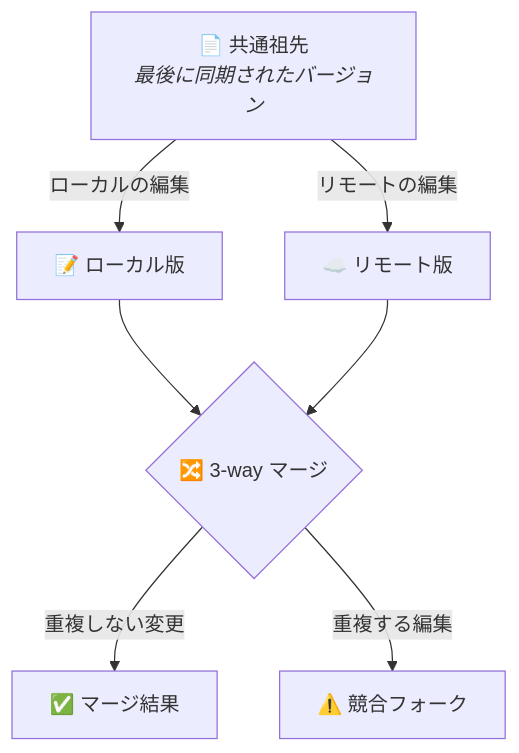
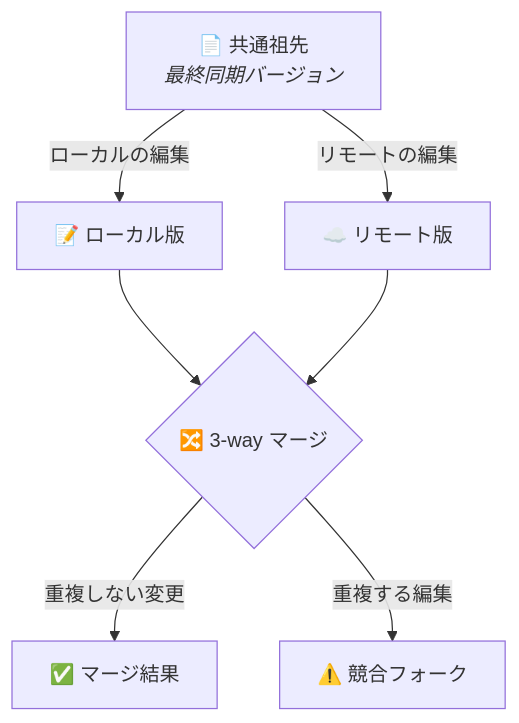
The third of 4 diagrams in README_ja.md (c-ardinal/obsidian-vault-sync), drawn with Mermaid before and after one commit. The commit also changed other lines of this file and 14 other files, not shown here.

````diff
--- a/README_ja.md
+++ b/README_ja.md
@@ -259,10 +259,10 @@
 ```mermaid
 graph TD
-    A["📄 共通祖先<br/><i>最後に同期されたバージョン</i>"]
+    A["📄 共通祖先<br/><i>最終同期バージョン</i>"]
     A -->|"ローカルの編集"| B["📝 ローカル版"]
     A -->|"リモートの編集"| C["☁️ リモート版"]
     B --> D{"🔀 3-way マージ"}
     C --> D
     D -->|"重複しない変更"| E["✅ マージ結果"]
     D -->|"重複する編集"| F["⚠️ 競合フォーク"]
 ```
````
